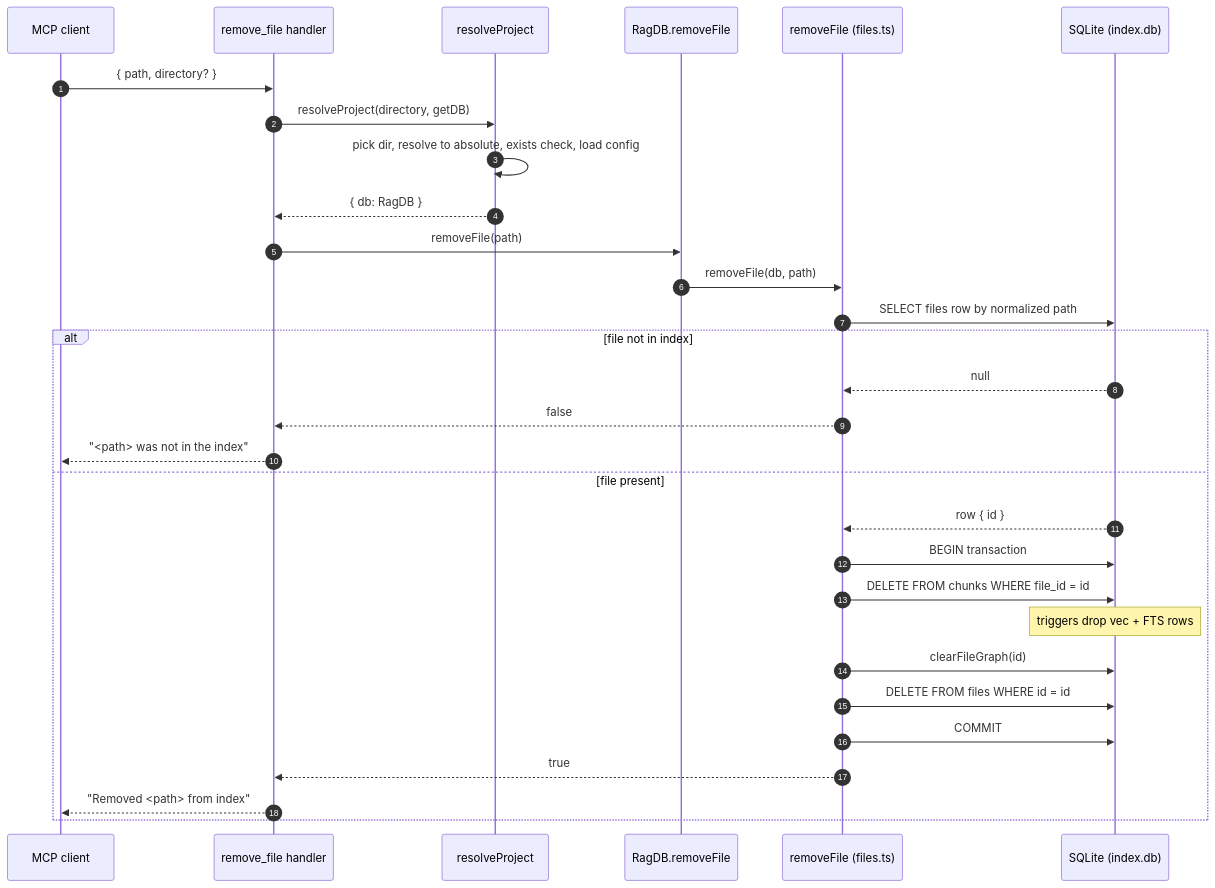
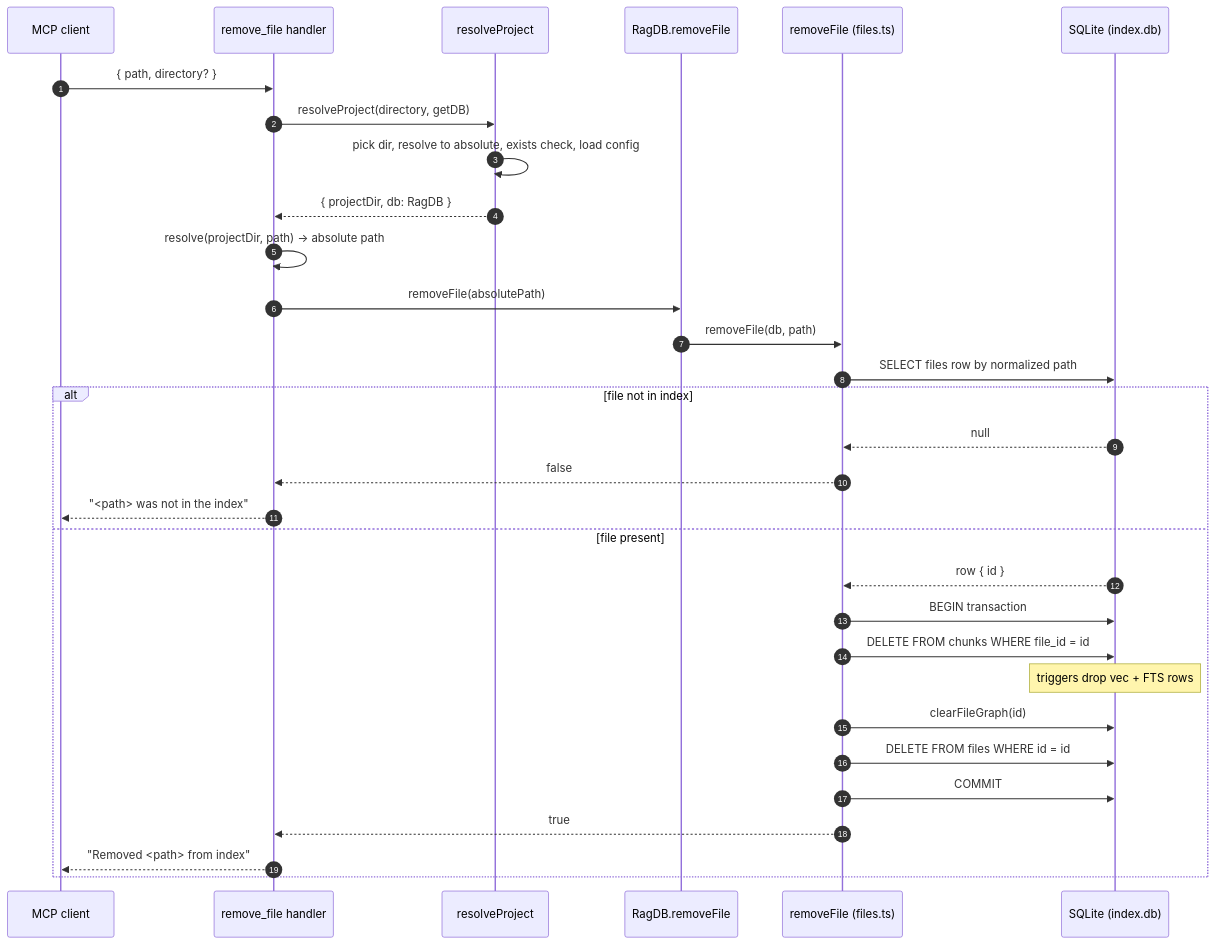
One commit to TheWinci/mimirs changed the diagram in wiki/tools/remove-file.md. Above: the diagram before and after it, drawn with Mermaid. The commit also changed other lines of this file and 58 other files, not shown here.

````diff
--- a/wiki/tools/remove-file.md
+++ b/wiki/tools/remove-file.md
@@ -9,33 +9,34 @@
 ```mermaid
 sequenceDiagram
     autonumber
     participant Caller as MCP client
     participant Tool as remove_file handler
     participant Resolve as resolveProject
     participant RagDB as RagDB.removeFile
     participant Store as removeFile (files.ts)
     participant DB as SQLite (index.db)
 
     Caller->>Tool: { path, directory? }
     Tool->>Resolve: resolveProject(directory, getDB)
     Resolve->>Resolve: pick dir, resolve to absolute, exists check, load config
-    Resolve-->>Tool: { db: RagDB }
-    Tool->>RagDB: removeFile(path)
+    Resolve-->>Tool: { projectDir, db: RagDB }
+    Tool->>Tool: resolve(projectDir, path) → absolute path
+    Tool->>RagDB: removeFile(absolutePath)
     RagDB->>Store: removeFile(db, path)
     Store->>DB: SELECT files row by normalized path
     alt file not in index
         DB-->>Store: null
         Store-->>Tool: false
         Tool-->>Caller: "<path> was not in the index"
     else file present
         DB-->>Store: row { id }
         Store->>DB: BEGIN transaction
         Store->>DB: DELETE FROM chunks WHERE file_id = id
         Note over DB: triggers drop vec + FTS rows
         Store->>DB: clearFileGraph(id)
         Store->>DB: DELETE FROM files WHERE id = id
         Store->>DB: COMMIT
         Store-->>Tool: true
         Tool-->>Caller: "Removed <path> from index"
     end
 ```
````
